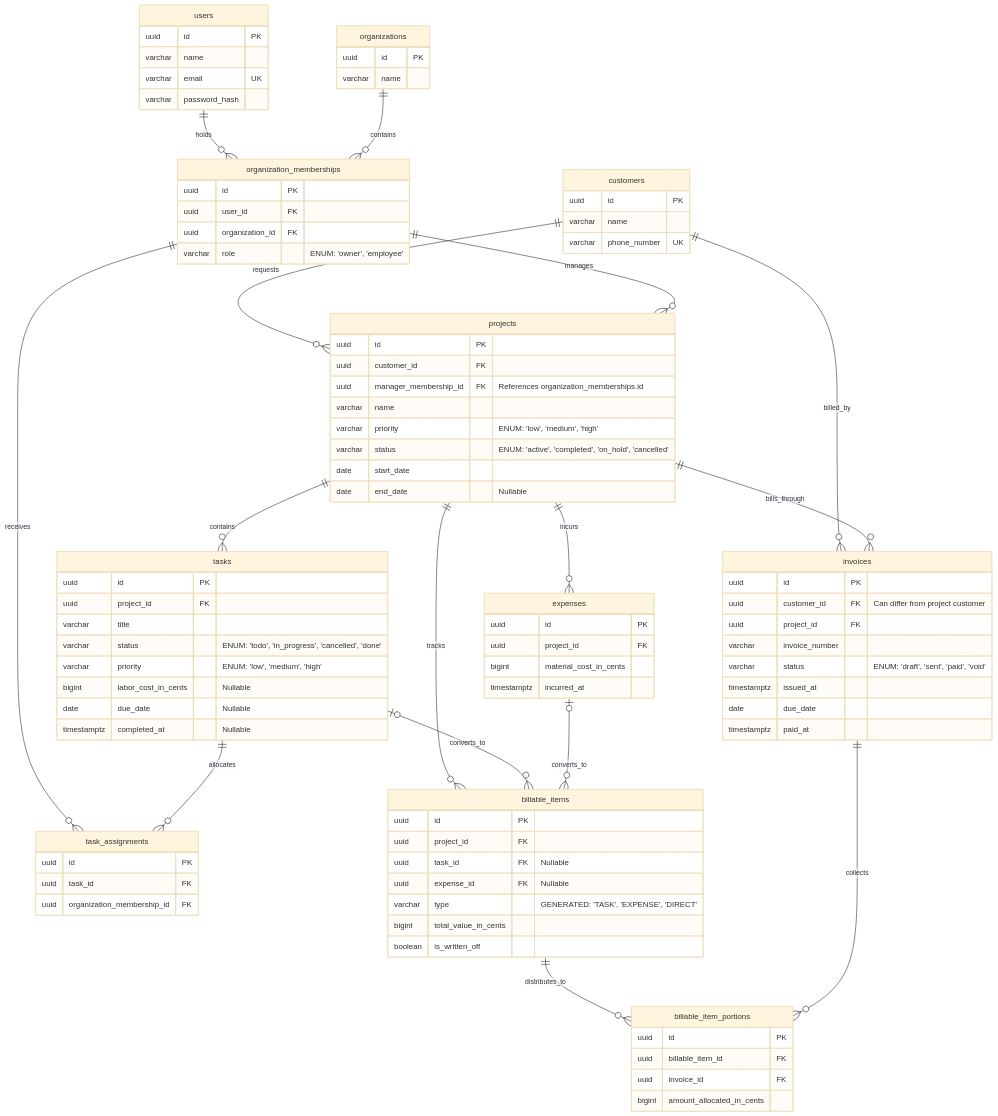
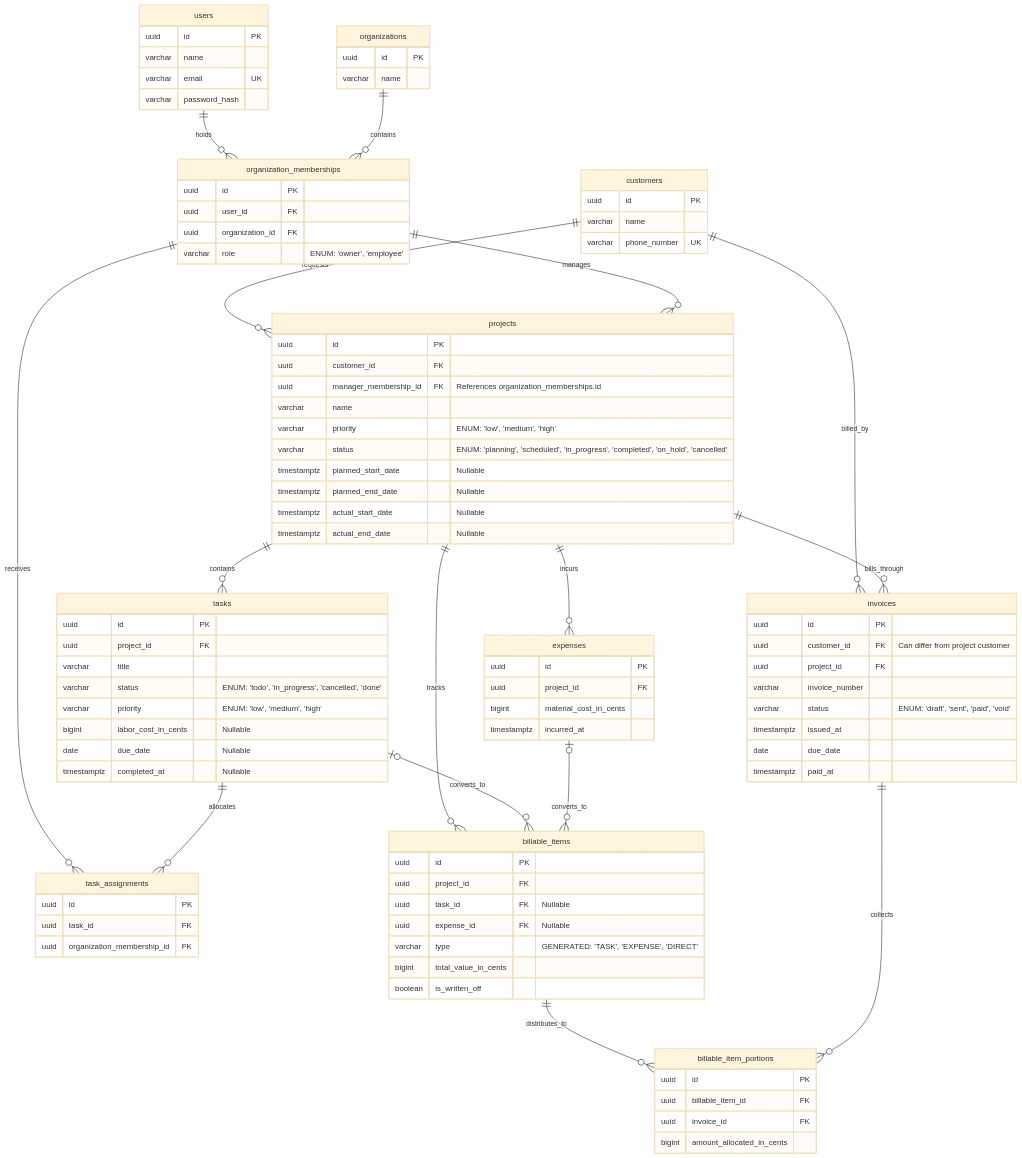
The diagram in docs/database.md (mauriciobarda/service-tenant-erp), drawn with Mermaid (base theme) before and after one commit. The commit also changed other lines of this file and 1 other file, not shown here.

```diff
--- a/docs/database.md
+++ b/docs/database.md
@@ -60,9 +65,11 @@
         uuid manager_membership_id FK "References organization_memberships.id"
         varchar name
         varchar priority "ENUM: 'low', 'medium', 'high'"
-        varchar status "ENUM: 'active', 'completed', 'on_hold', 'cancelled'"
-        date start_date
-        date end_date "Nullable"
+        varchar status "ENUM: 'planning', 'scheduled', 'in_progress', 'completed', 'on_hold', 'cancelled'"
+        timestamptz planned_start_date "Nullable"
+        timestamptz planned_end_date "Nullable"
+        timestamptz actual_start_date "Nullable"
+        timestamptz actual_end_date "Nullable"
     }
 
     tasks {
```
